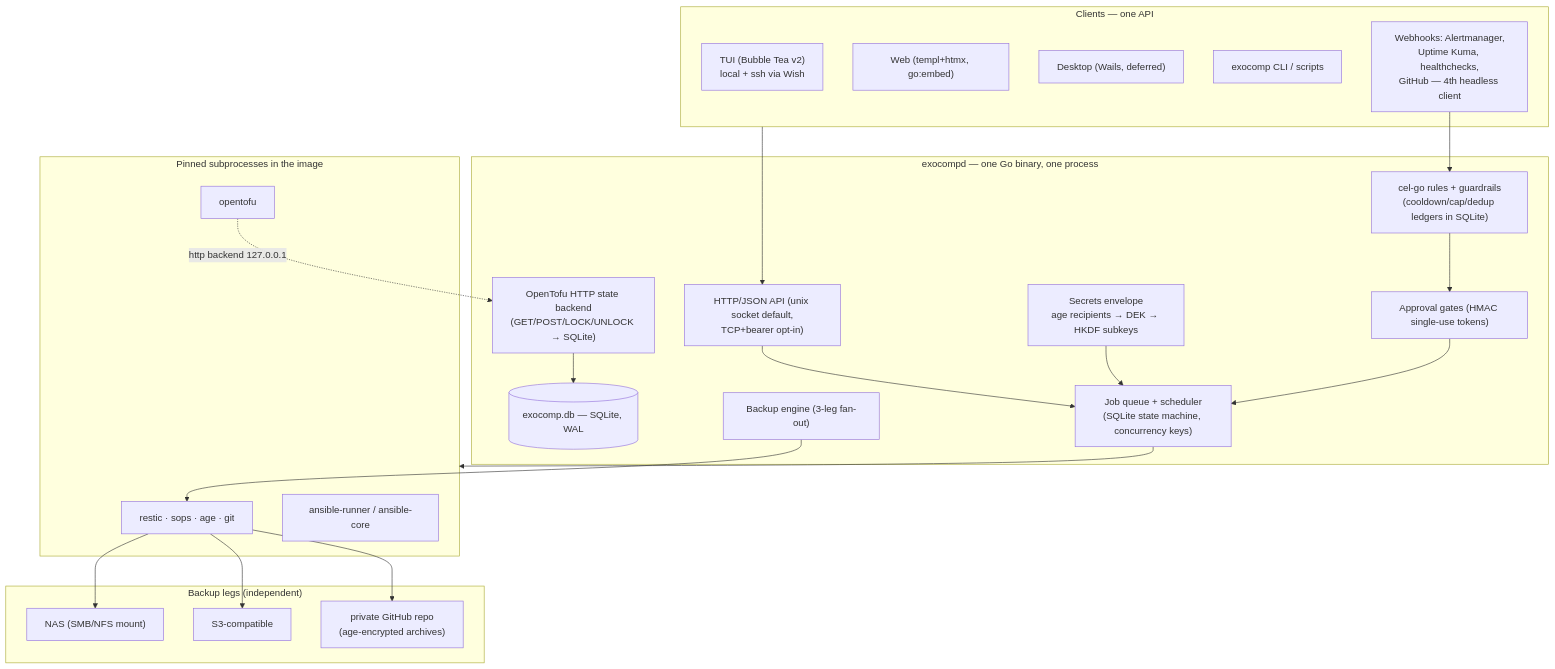
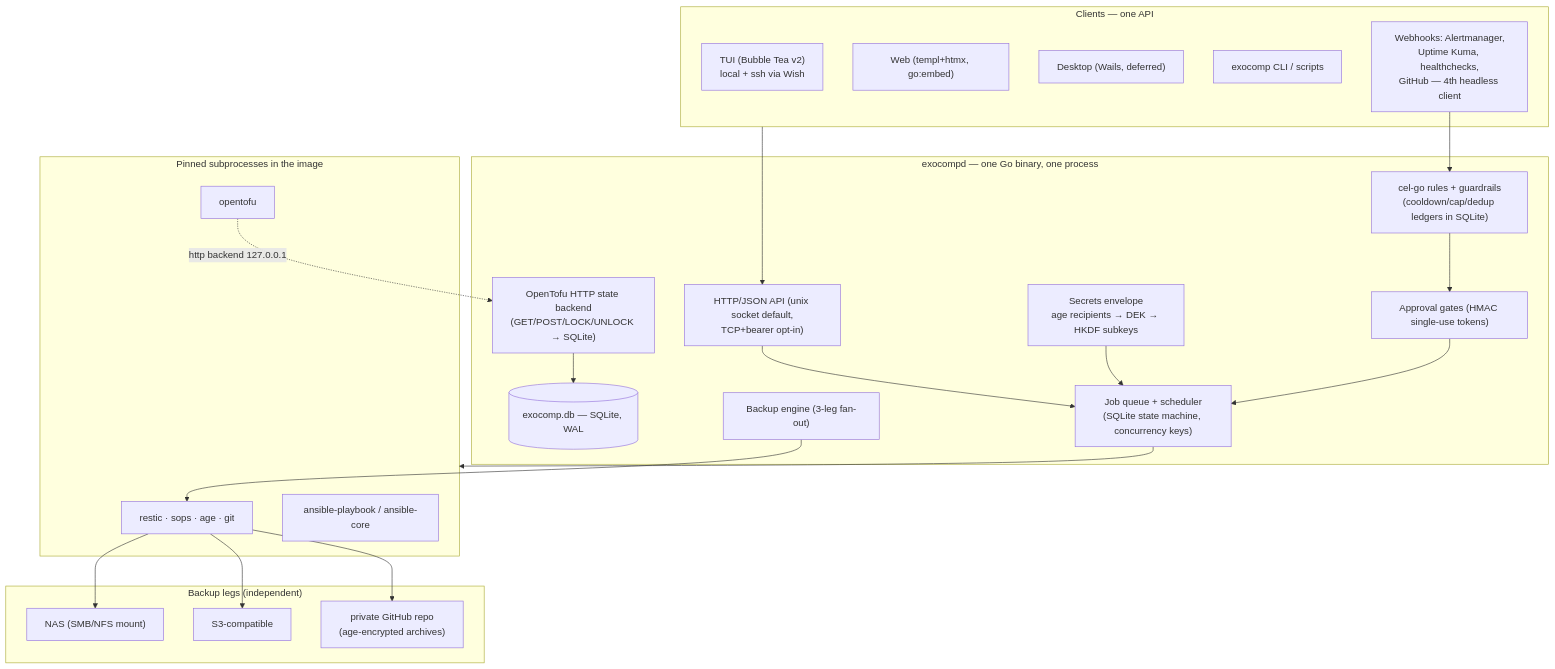
Before and after one commit to agync/exocomp: the diagram in docs/architecture/overview.md, drawn with Mermaid. The commit also changed other lines of this file and 7 other files, not shown here.

````diff
--- a/docs/architecture/overview.md
+++ b/docs/architecture/overview.md
@@ -8,39 +8,39 @@
 ```mermaid
 graph TB
     subgraph clients["Clients — one API"]
         TUI["TUI (Bubble Tea v2)<br/>local + ssh via Wish"]
         WEB["Web (templ+htmx, go:embed)"]
         DESK["Desktop (Wails, deferred)"]
         CLI["exocomp CLI / scripts"]
         HOOKS["Webhooks: Alertmanager,<br/>Uptime Kuma, healthchecks,<br/>GitHub — 4th headless client"]
     end
 
     subgraph core["exocompd — one Go binary, one process"]
         API["HTTP/JSON API (unix socket default,<br/>TCP+bearer opt-in)"]
         Q["Job queue + scheduler<br/>(SQLite state machine, concurrency keys)"]
         RULES["cel-go rules + guardrails<br/>(cooldown/cap/dedup ledgers in SQLite)"]
         GATE["Approval gates (HMAC single-use tokens)"]
         VAULT["Secrets envelope<br/>age recipients → DEK → HKDF subkeys"]
         TFB["OpenTofu HTTP state backend<br/>(GET/POST/LOCK/UNLOCK → SQLite)"]
         BK["Backup engine (3-leg fan-out)"]
         DB[("exocomp.db — SQLite, WAL")]
     end
 
     subgraph tools["Pinned subprocesses in the image"]
-        T1["ansible-runner / ansible-core"]
+        T1["ansible-playbook / ansible-core"]
         T2["opentofu"]
         T3["restic · sops · age · git"]
     end
 
     subgraph targets["Backup legs (independent)"]
         NAS["NAS (SMB/NFS mount)"]
         S3["S3-compatible"]
         GH["private GitHub repo<br/>(age-encrypted archives)"]
     end
 
     clients --> API --> Q --> tools
     HOOKS --> RULES --> GATE --> Q
     VAULT --> Q
     T2 -.->|http backend 127.0.0.1| TFB --> DB
     BK --> T3 --> NAS & S3 & GH
 ```
````
